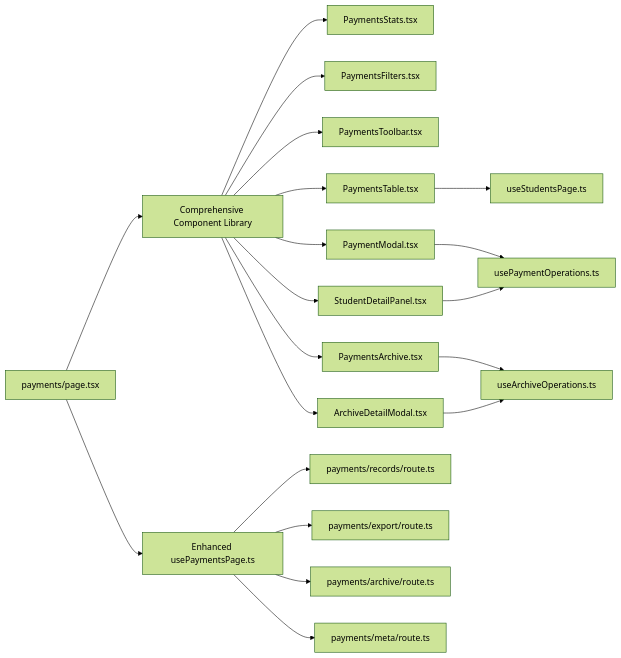
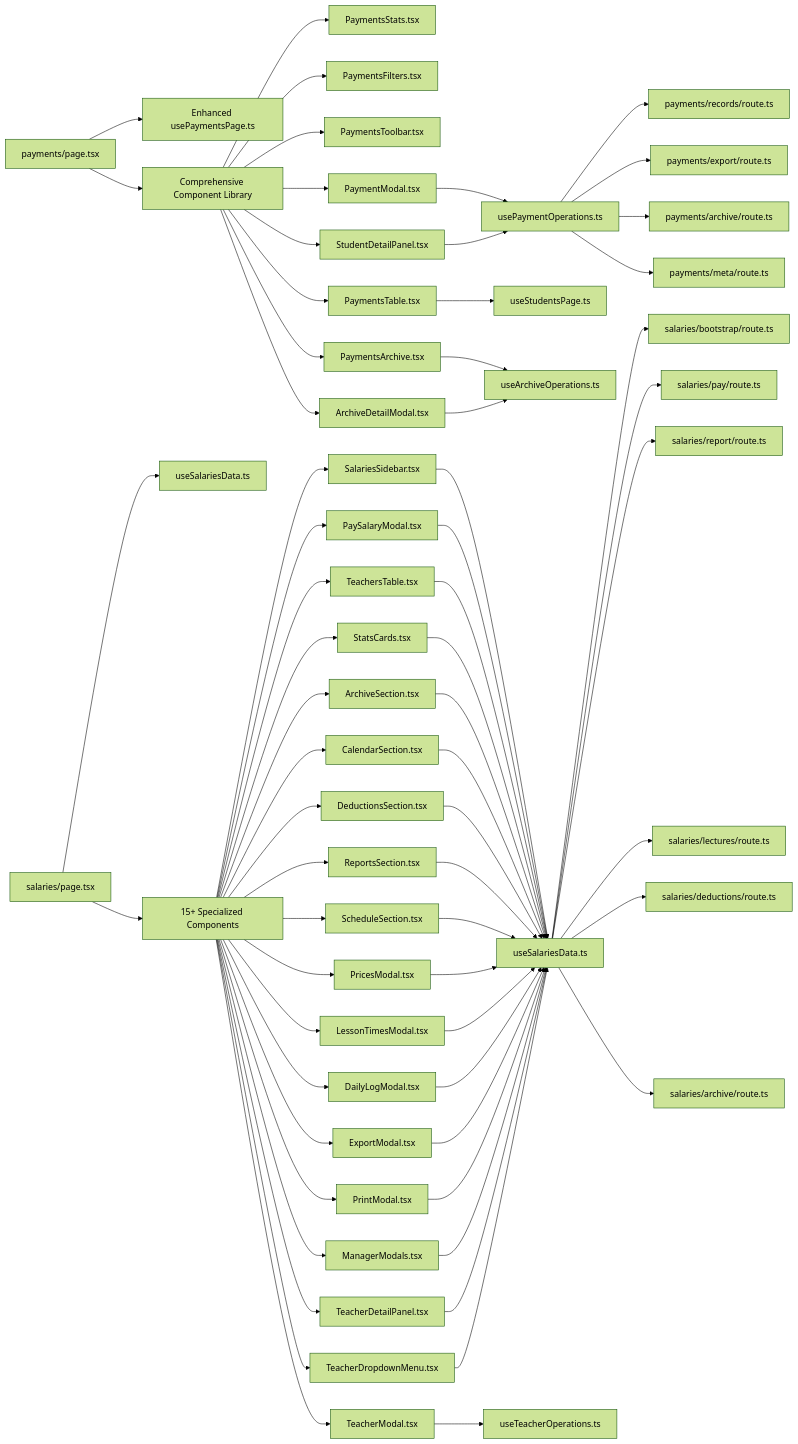
The fifth of 5 diagrams in .qoder/repowiki/en/content/Financial Operations/Financial Operations.md (mustafaalkusaj/appschoolmustafa2002), drawn with Mermaid (forest theme) before and after one commit. The commit also changed other lines of this file and 8 other files, not shown here.

````diff
--- a/.qoder/repowiki/en/content/Financial Operations/Financial Operations.md
+++ b/.qoder/repowiki/en/content/Financial Operations/Financial Operations.md
@@ -476,22 +715,66 @@
 ```mermaid
 graph LR
 P_MAIN["payments/page.tsx"] --> HOOKS["Enhanced usePaymentsPage.ts"]
 P_MAIN --> COMPONENTS["Comprehensive Component Library"]
+S_MAIN["salaries/page.tsx"] --> SALARIES_HOOKS["useSalariesData.ts"]
+S_MAIN --> SALARIES_COMPONENTS["15+ Specialized Components"]
 COMPONENTS --> STATS["PaymentsStats.tsx"]
 COMPONENTS --> FILTERS["PaymentsFilters.tsx"]
 COMPONENTS --> TOOLBAR["PaymentsToolbar.tsx"]
 COMPONENTS --> TABLE["PaymentsTable.tsx"]
 COMPONENTS --> MODAL["PaymentModal.tsx"]
 COMPONENTS --> DETAIL["StudentDetailPanel.tsx"]
 COMPONENTS --> ARCHIVE["PaymentsArchive.tsx"]
 COMPONENTS --> ARCH_DETAIL["ArchiveDetailModal.tsx"]
+SALARIES_COMPONENTS --> S_STATS["StatsCards.tsx"]
+SALARIES_COMPONENTS --> S_TABLE["TeachersTable.tsx"]
+SALARIES_COMPONENTS --> S_SIDEBAR["SalariesSidebar.tsx"]
+SALARIES_COMPONENTS --> S_ARCHIVE["ArchiveSection.tsx"]
+SALARIES_COMPONENTS --> S_CALENDAR["CalendarSection.tsx"]
+SALARIES_COMPONENTS --> S_DEDUCTIONS["DeductionsSection.tsx"]
+SALARIES_COMPONENTS --> S_REPORTS["ReportsSection.tsx"]
+SALARIES_COMPONENTS --> S_SCHEDULE["ScheduleSection.tsx"]
+SALARIES_COMPONENTS --> S_PRICES["PricesModal.tsx"]
+SALARIES_COMPONENTS --> S_LESSON_TIMES["LessonTimesModal.tsx"]
+SALARIES_COMPONENTS --> S_DAILY_LOG["DailyLogModal.tsx"]
+SALARIES_COMPONENTS --> S_EXPORT["ExportModal.tsx"]
+SALARIES_COMPONENTS --> S_PRINT["PrintModal.tsx"]
+SALARIES_COMPONENTS --> S_MANAGER["ManagerModals.tsx"]
+SALARIES_COMPONENTS --> S_PAY["PaySalaryModal.tsx"]
+SALARIES_COMPONENTS --> S_DETAIL["TeacherDetailPanel.tsx"]
+SALARIES_COMPONENTS --> S_DROPDOWN["TeacherDropdownMenu.tsx"]
+SALARIES_COMPONENTS --> S_TEACHER["TeacherModal.tsx"]
 MODAL --> HOOK_PAYMENTS["usePaymentOperations.ts"]
 TABLE --> HOOK_STUDENTS["useStudentsPage.ts"]
 DETAIL --> HOOK_PAYMENTS
 ARCHIVE --> HOOK_ARCHIVE["useArchiveOperations.ts"]
 ARCH_DETAIL --> HOOK_ARCHIVE
-HOOKS --> API_RECORDS["payments/records/route.ts"]
-HOOKS --> API_EXPORT["payments/export/route.ts"]
-HOOKS --> API_ARCHIVE["payments/archive/route.ts"]
-HOOKS --> API_META["payments/meta/route.ts"]
+S_SIDEBAR --> HOOK_SALARIES["useSalariesData.ts"]
+S_PAY --> HOOK_SALARIES
+S_TABLE --> HOOK_SALARIES
+S_STATS --> HOOK_SALARIES
+S_ARCHIVE --> HOOK_SALARIES
+S_CALENDAR --> HOOK_SALARIES
+S_DEDUCTIONS --> HOOK_SALARIES
+S_REPORTS --> HOOK_SALARIES
+S_SCHEDULE --> HOOK_SALARIES
+S_PRICES --> HOOK_SALARIES
+S_LESSON_TIMES --> HOOK_SALARIES
+S_DAILY_LOG --> HOOK_SALARIES
+S_EXPORT --> HOOK_SALARIES
+S_PRINT --> HOOK_SALARIES
+S_MANAGER --> HOOK_SALARIES
+S_DETAIL --> HOOK_SALARIES
+S_DROPDOWN --> HOOK_SALARIES
+S_TEACHER --> HOOK_TEACHER["useTeacherOperations.ts"]
+HOOK_SALARIES --> API_SALARY_BOOTSTRAP["salaries/bootstrap/route.ts"]
+HOOK_SALARIES --> API_SALARY_PAY["salaries/pay/route.ts"]
+HOOK_SALARIES --> API_SALARY_REPORT["salaries/report/route.ts"]
+HOOK_SALARIES --> API_SALARY_LECTURES["salaries/lectures/route.ts"]
+HOOK_SALARIES --> API_SALARY_DEDUCTIONS["salaries/deductions/route.ts"]
+HOOK_SALARIES --> API_SALARY_ARCHIVE["salaries/archive/route.ts"]
+HOOK_PAYMENTS --> API_RECORDS["payments/records/route.ts"]
+HOOK_PAYMENTS --> API_EXPORT["payments/export/route.ts"]
+HOOK_PAYMENTS --> API_ARCHIVE["payments/archive/route.ts"]
+HOOK_PAYMENTS --> API_META["payments/meta/route.ts"]
 ```
````
